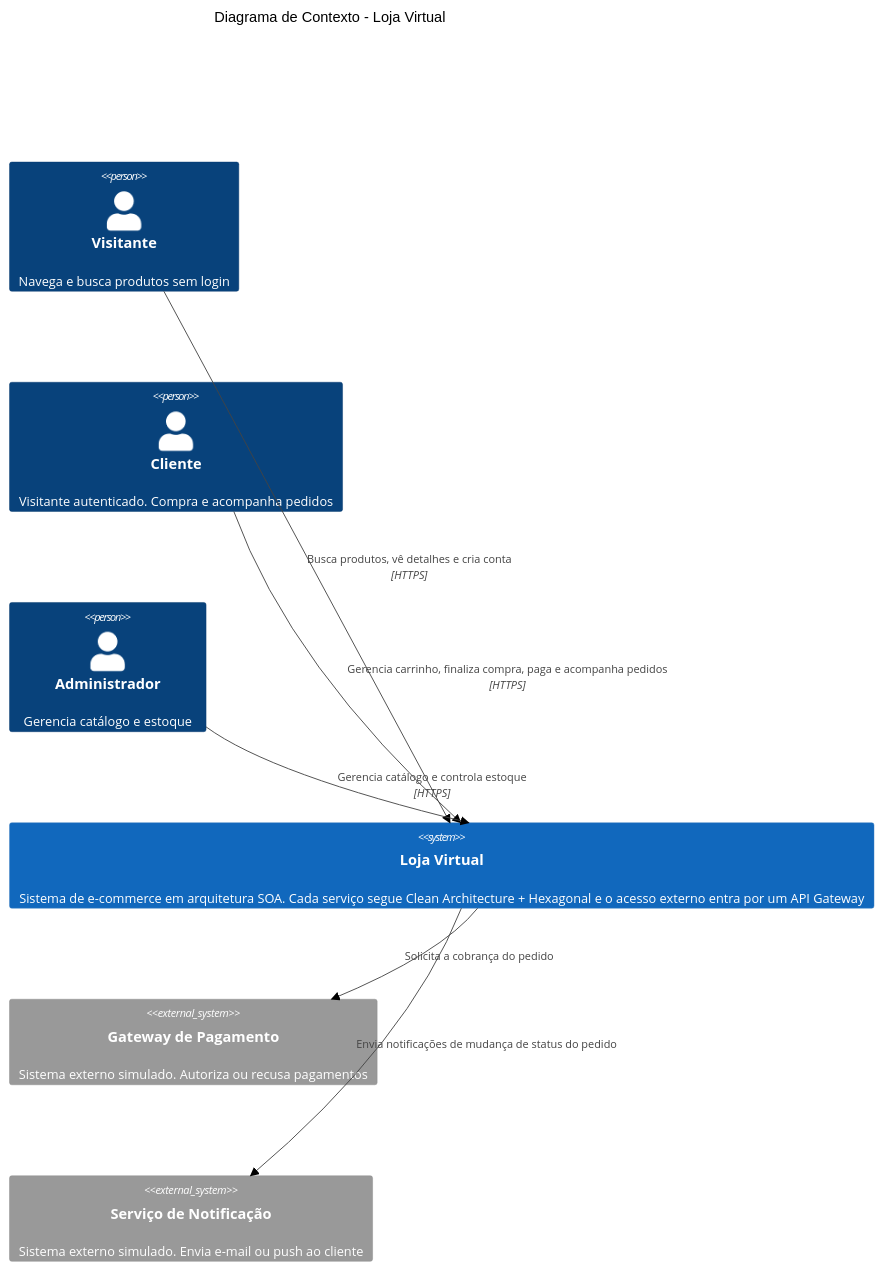
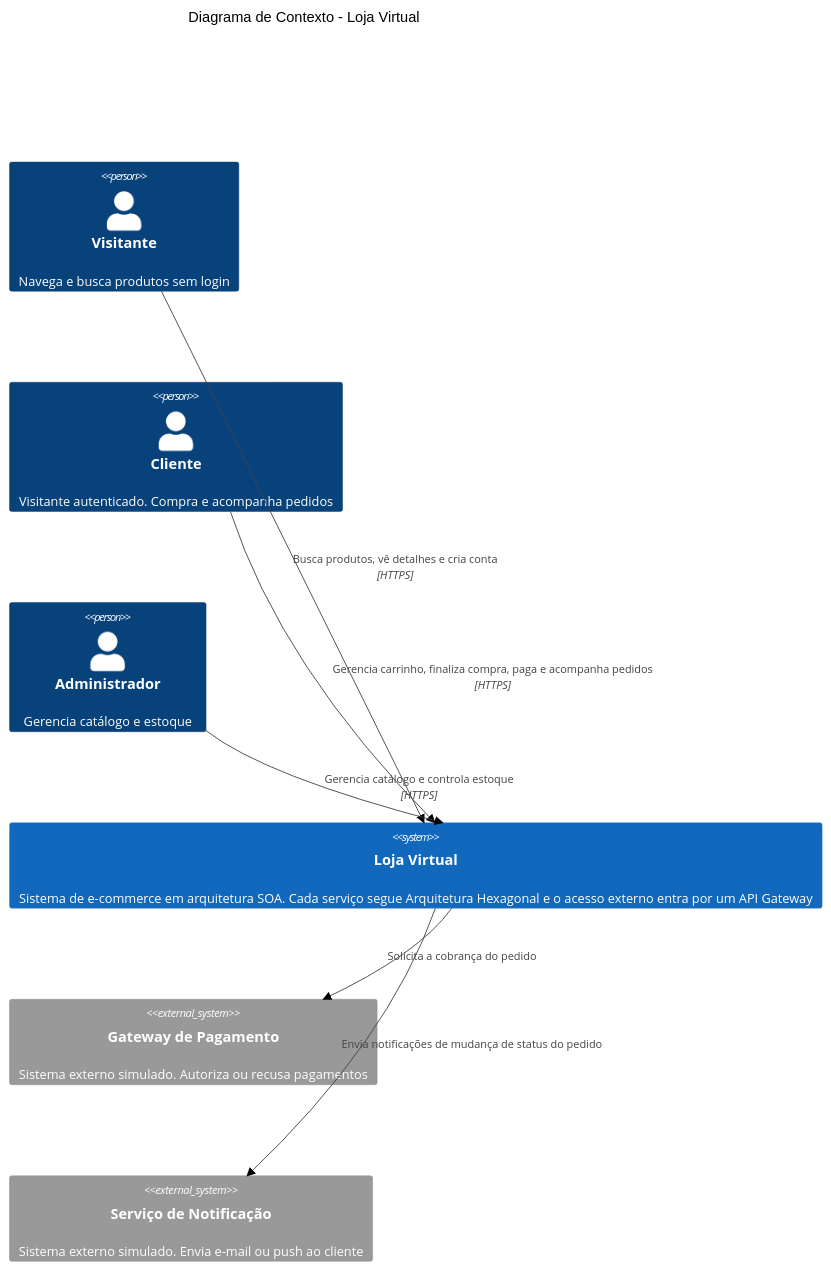
Before and after one commit to aSTRonuun/e-story-project-architecture: the first of 2 diagrams in docs/c4/contexto.md, drawn with Mermaid (neutral theme). The commit also changed other lines of this file and 8 other files, not shown here.

Commit message:
docs: remove clean architecture e registra adrs de reserva de estoque e retorno do gateway

````diff
--- a/docs/c4/contexto.md
+++ b/docs/c4/contexto.md
@@ -17,22 +17,22 @@
 ```mermaid
 C4Context
     title Diagrama de Contexto - Loja Virtual
 
     Person(visitante, "Visitante", "Navega e busca produtos sem login")
     Person(cliente, "Cliente", "Visitante autenticado. Compra e acompanha pedidos")
     Person(admin, "Administrador", "Gerencia catálogo e estoque")
 
-    System(loja, "Loja Virtual", "Sistema de e-commerce em arquitetura SOA. Cada serviço segue Clean Architecture + Hexagonal e o acesso externo entra por um API Gateway")
+    System(loja, "Loja Virtual", "Sistema de e-commerce em arquitetura SOA. Cada serviço segue Arquitetura Hexagonal e o acesso externo entra por um API Gateway")
 
     System_Ext(pagamento, "Gateway de Pagamento", "Sistema externo simulado. Autoriza ou recusa pagamentos")
     System_Ext(notificacao, "Serviço de Notificação", "Sistema externo simulado. Envia e-mail ou push ao cliente")
 
     Rel(visitante, loja, "Busca produtos, vê detalhes e cria conta", "HTTPS")
     Rel(cliente, loja, "Gerencia carrinho, finaliza compra, paga e acompanha pedidos", "HTTPS")
     Rel(admin, loja, "Gerencia catálogo e controla estoque", "HTTPS")
 
     Rel(loja, pagamento, "Solicita a cobrança do pedido")
     Rel(loja, notificacao, "Envia notificações de mudança de status do pedido")
 
     UpdateLayoutConfig($c4ShapeInRow="3", $c4BoundaryInRow="1")
 ```
````
